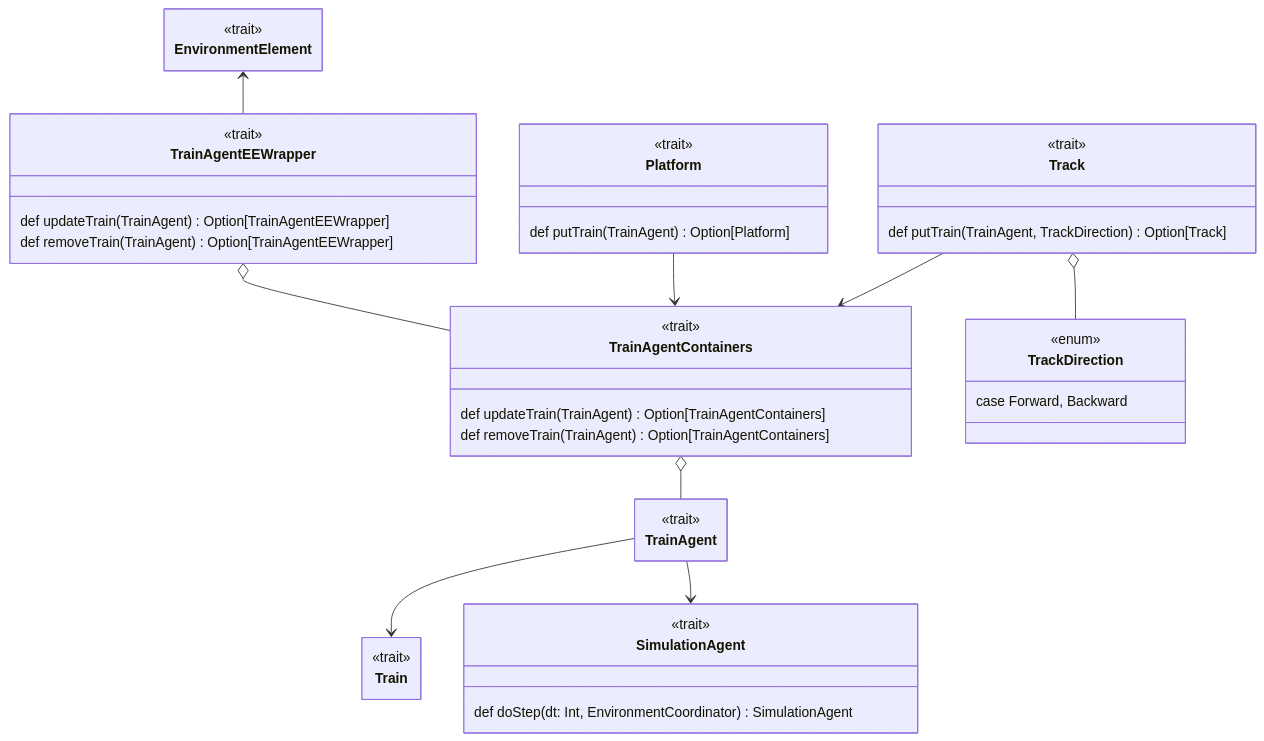
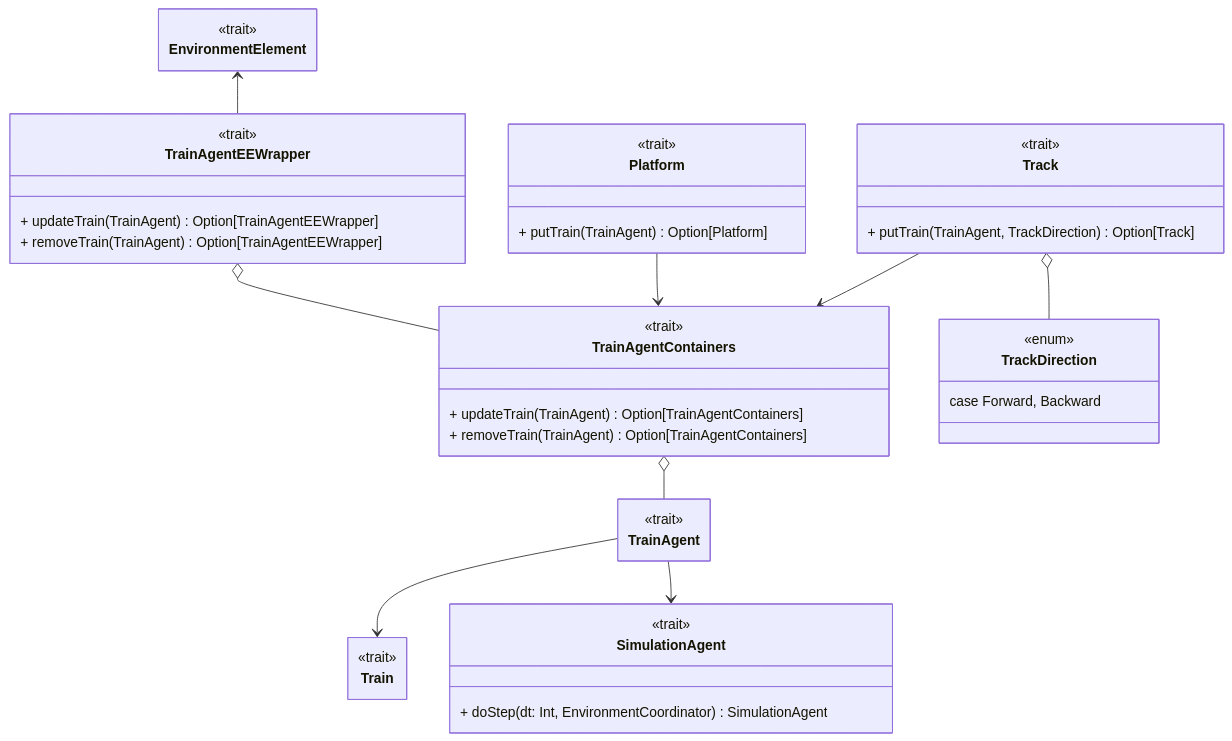
One commit to dev-pps/pps-23-ulisse changed diagram 14 of 20 in docs/report/4-details-design.md. Above: the diagram before and after it, drawn with Mermaid. The commit also changed other lines of this file, not shown here.

Commit message:
docs(Architecture): adjust uml

````diff
--- a/docs/report/4-details-design.md
+++ b/docs/report/4-details-design.md
@@ -704,51 +704,51 @@
 ```mermaid
 ---
 config:
     class:
         hideEmptyMembersBox: true
 ---
 classDiagram
     direction TB
     class EnvironmentElement
     class TrainAgentEEWrapper {
-        def updateTrain(TrainAgent) Option[TrainAgentEEWrapper]
-        def removeTrain(TrainAgent) Option[TrainAgentEEWrapper]
+        + updateTrain(TrainAgent) Option[TrainAgentEEWrapper]
+        + removeTrain(TrainAgent) Option[TrainAgentEEWrapper]
     }
     class TrainAgentContainers {
-        def updateTrain(TrainAgent) Option[TrainAgentContainers]
-        def removeTrain(TrainAgent) Option[TrainAgentContainers]
+        + updateTrain(TrainAgent) Option[TrainAgentContainers]
+        + removeTrain(TrainAgent) Option[TrainAgentContainers]
     }
 
     class TrainAgent
     class SimulationAgent {
-        def doStep(dt: Int, EnvironmentCoordinator) SimulationAgent
+        + doStep(dt: Int, EnvironmentCoordinator) SimulationAgent
     }
     class Train
     class Platform {
-        def putTrain(TrainAgent) Option[Platform]
+        + putTrain(TrainAgent) Option[Platform]
     }
     class TrackDirection {
         case Forward, Backward
     }
     <<enum>> TrackDirection
     class Track {
-        def putTrain(TrainAgent, TrackDirection) Option[Track]
+        + putTrain(TrainAgent, TrackDirection) Option[Track]
     }
 
     <<trait>> EnvironmentElement
     <<trait>> TrainAgentEEWrapper
     <<trait>> TrainAgentContainers
     <<trait>> TrainAgent
     <<trait>> SimulationAgent
     <<trait>> Train
     <<trait>> Platform
     <<trait>> Track
     EnvironmentElement <-- TrainAgentEEWrapper
     TrainAgentEEWrapper o-- TrainAgentContainers
     TrainAgent --> SimulationAgent
     TrainAgent --> Train
     TrainAgentContainers o-- TrainAgent
     Track o-- TrackDirection
     Track --> TrainAgentContainers
     Platform --> TrainAgentContainers
 ```
````
